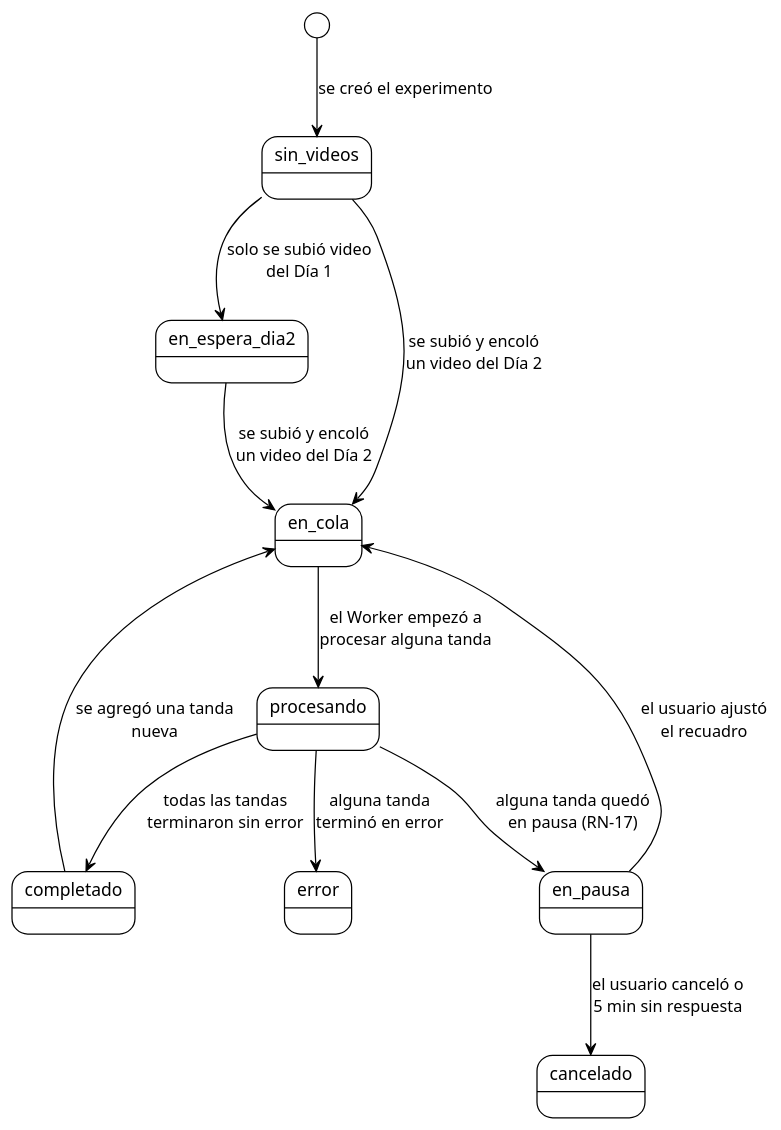
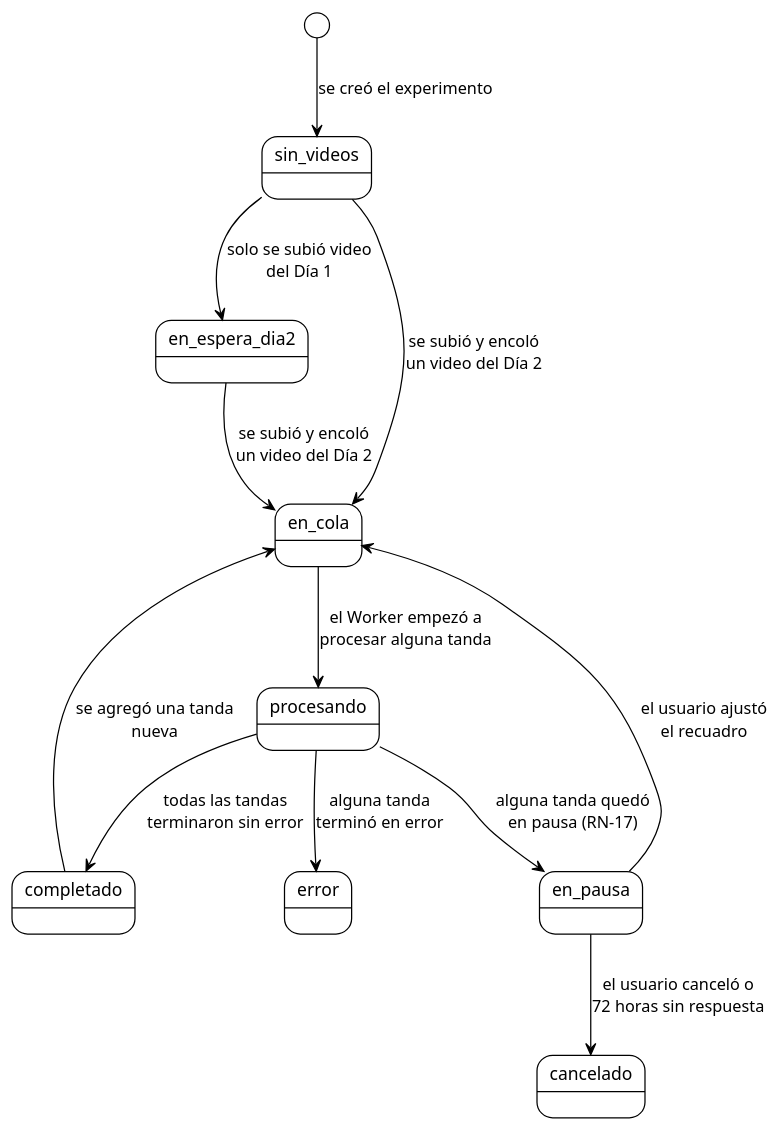
One commit to ErickJester/fst-ai-system-latex changed diagram 15 of 39 in INSTRUCCIONES-WEB.md. Above: the diagram before and after it, drawn with PlantUML. The commit also changed other lines of this file and 89 other files, not shown here.

````diff
--- a/INSTRUCCIONES-WEB.md
+++ b/INSTRUCCIONES-WEB.md
@@ -2057,20 +2054,20 @@
 ```plantuml
 @startuml estados_experimento
 !theme plain
 skinparam defaultFontName Arial
 skinparam shadowing false
 ' El estado del experimento NO se guarda: se calcula a partir de los
 ' analisis de todas sus tandas. Precedencia: error > cancelado > en pausa > procesando > en cola > completado.
 [*] --> sin_videos : se creó el experimento
 sin_videos --> en_espera_dia2 : solo se subió video\ndel Día 1
 sin_videos --> en_cola : se subió y encoló\nun video del Día 2
 en_espera_dia2 --> en_cola : se subió y encoló\nun video del Día 2
 en_cola --> procesando : el Worker empezó a\nprocesar alguna tanda
 procesando --> completado : todas las tandas\nterminaron sin error
 procesando --> error : alguna tanda\nterminó en error
 procesando --> en_pausa : alguna tanda quedó\nen pausa (RN-17)
 en_pausa --> en_cola : el usuario ajustó\nel recuadro
-en_pausa --> cancelado : el usuario canceló o\n5 min sin respuesta
+en_pausa --> cancelado : el usuario canceló o\n72 horas sin respuesta
 completado --> en_cola : se agregó una tanda\nnueva
 @enduml
 ```
````
